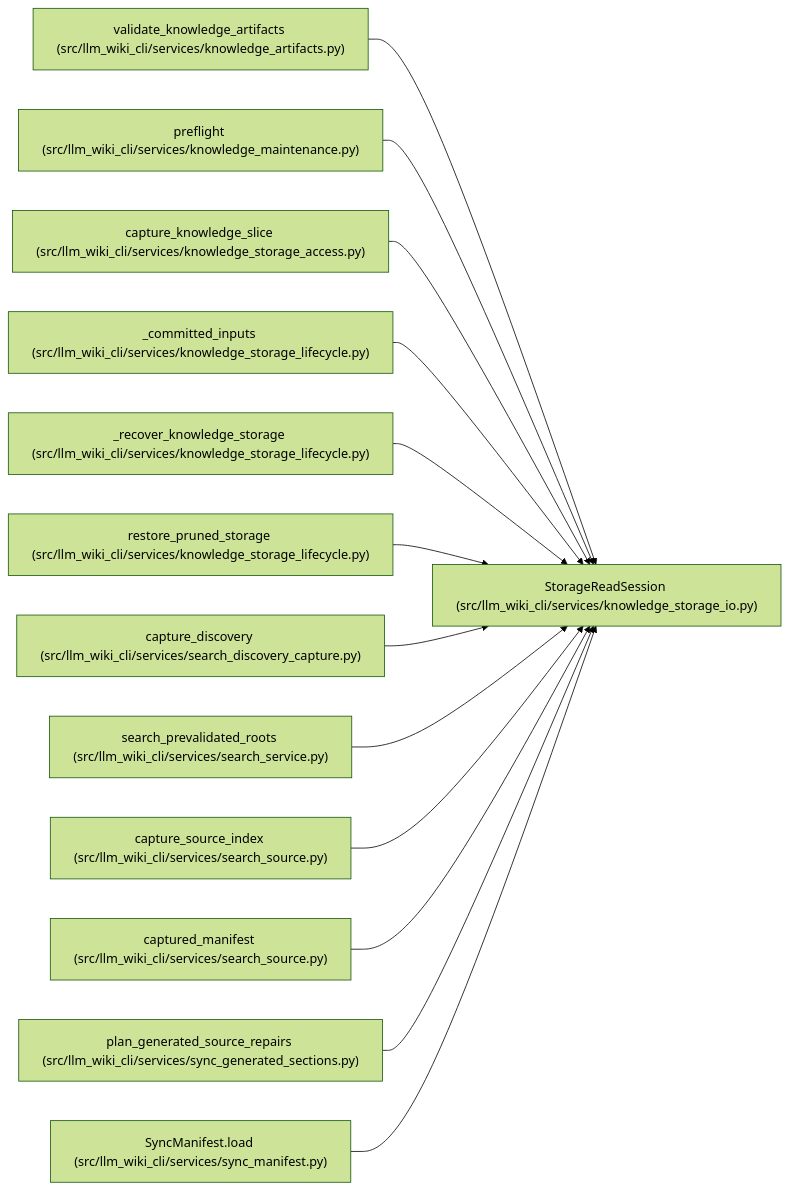
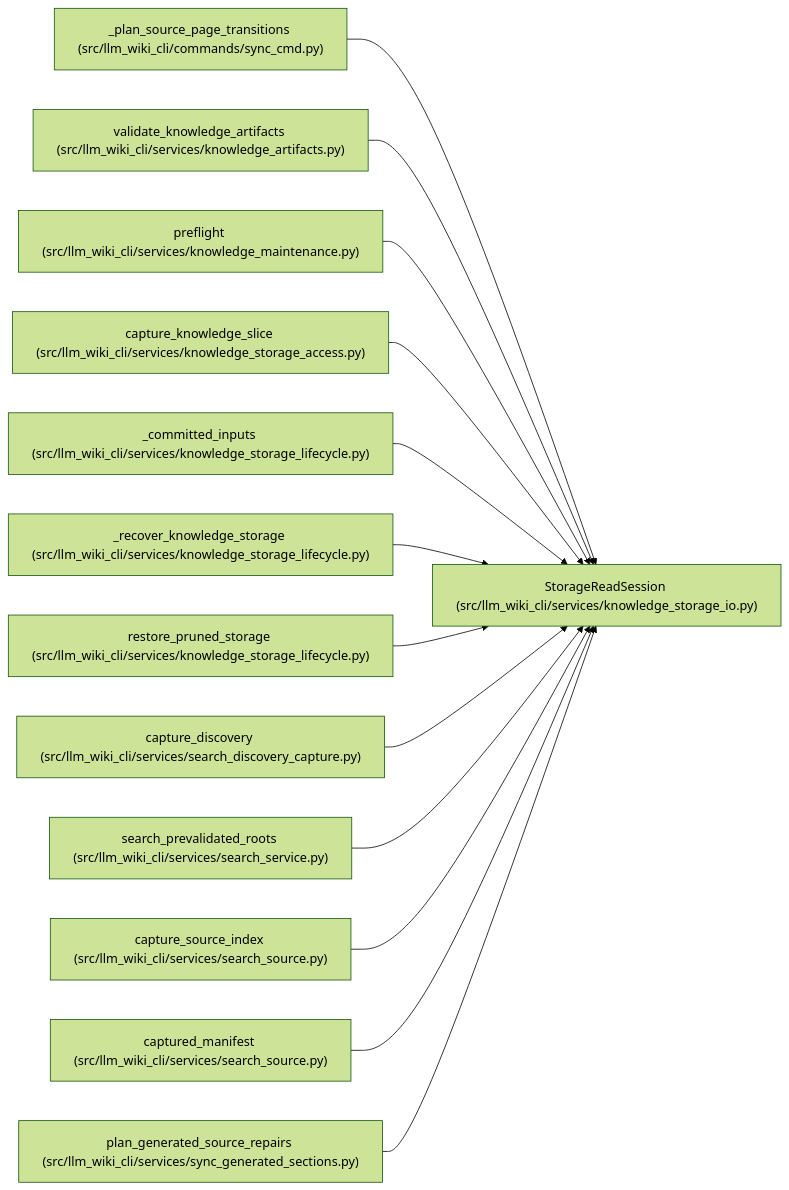
Before and after one commit to Denissvgn/python-wiki-llm: the diagram in docs/llm_wiki/entities/StorageReadSession.md, drawn with Mermaid (forest theme). The commit also changed other lines of this file and 473 other files, not shown here.

Commit message:
docs(wiki): document source member retirement and custody

````diff
--- a/docs/llm_wiki/entities/StorageReadSession.md
+++ b/docs/llm_wiki/entities/StorageReadSession.md
@@ -34,41 +34,41 @@
 ```mermaid
 flowchart LR
     n0["StorageReadSession (src/llm_wiki_cli/services/knowledge_storage_io.py)"]
-    n1["validate_knowledge_artifacts (src/llm_wiki_cli/services/knowledge_artifacts.py)"]
-    n2["preflight (src/llm_wiki_cli/services/knowledge_maintenance.py)"]
-    n3["capture_knowledge_slice (src/llm_wiki_cli/services/knowledge_storage_access.py)"]
-    n4["_committed_inputs (src/llm_wiki_cli/services/knowledge_storage_lifecycle.py)"]
-    n5["_recover_knowledge_storage (src/llm_wiki_cli/services/knowledge_storage_lifecycle.py)"]
-    n6["restore_pruned_storage (src/llm_wiki_cli/services/knowledge_storage_lifecycle.py)"]
-    n7["capture_discovery (src/llm_wiki_cli/services/search_discovery_capture.py)"]
-    n8["search_prevalidated_roots (src/llm_wiki_cli/services/search_service.py)"]
-    n9["capture_source_index (src/llm_wiki_cli/services/search_source.py)"]
-    n10["captured_manifest (src/llm_wiki_cli/services/search_source.py)"]
-    n11["plan_generated_source_repairs (src/llm_wiki_cli/services/sync_generated_sections.py)"]
-    n12["SyncManifest.load (src/llm_wiki_cli/services/sync_manifest.py)"]
+    n1["_plan_source_page_transitions (src/llm_wiki_cli/commands/sync_cmd.py)"]
+    n2["validate_knowledge_artifacts (src/llm_wiki_cli/services/knowledge_artifacts.py)"]
+    n3["preflight (src/llm_wiki_cli/services/knowledge_maintenance.py)"]
+    n4["capture_knowledge_slice (src/llm_wiki_cli/services/knowledge_storage_access.py)"]
+    n5["_committed_inputs (src/llm_wiki_cli/services/knowledge_storage_lifecycle.py)"]
+    n6["_recover_knowledge_storage (src/llm_wiki_cli/services/knowledge_storage_lifecycle.py)"]
+    n7["restore_pruned_storage (src/llm_wiki_cli/services/knowledge_storage_lifecycle.py)"]
+    n8["capture_discovery (src/llm_wiki_cli/services/search_discovery_capture.py)"]
+    n9["search_prevalidated_roots (src/llm_wiki_cli/services/search_service.py)"]
+    n10["capture_source_index (src/llm_wiki_cli/services/search_source.py)"]
+    n11["captured_manifest (src/llm_wiki_cli/services/search_source.py)"]
+    n12["plan_generated_source_repairs (src/llm_wiki_cli/services/sync_generated_sections.py)"]
     n1 --> n0
     n2 --> n0
     n3 --> n0
     n4 --> n0
     n5 --> n0
     n6 --> n0
     n7 --> n0
     n8 --> n0
     n9 --> n0
     n10 --> n0
     n11 --> n0
     n12 --> n0
     click n0 "../modules/knowledge_storage_io.md"
-    click n1 "../modules/knowledge_artifacts.md"
-    click n2 "../modules/knowledge_maintenance.md"
-    click n3 "../modules/knowledge_storage_access.md"
-    click n4 "../modules/knowledge_storage_lifecycle.md"
+    click n1 "../modules/sync_cmd.md"
+    click n2 "../modules/knowledge_artifacts.md"
+    click n3 "../modules/knowledge_maintenance.md"
+    click n4 "../modules/knowledge_storage_access.md"
     click n5 "../modules/knowledge_storage_lifecycle.md"
     click n6 "../modules/knowledge_storage_lifecycle.md"
-    click n7 "../modules/search_discovery_capture.md"
-    click n8 "../modules/search_service.md"
-    click n9 "../modules/search_source.md"
+    click n7 "../modules/knowledge_storage_lifecycle.md"
+    click n8 "../modules/search_discovery_capture.md"
+    click n9 "../modules/search_service.md"
     click n10 "../modules/search_source.md"
-    click n11 "../modules/sync_generated_sections.md"
-    click n12 "../modules/sync_manifest.md"
+    click n11 "../modules/search_source.md"
+    click n12 "../modules/sync_generated_sections.md"
 ```
````
